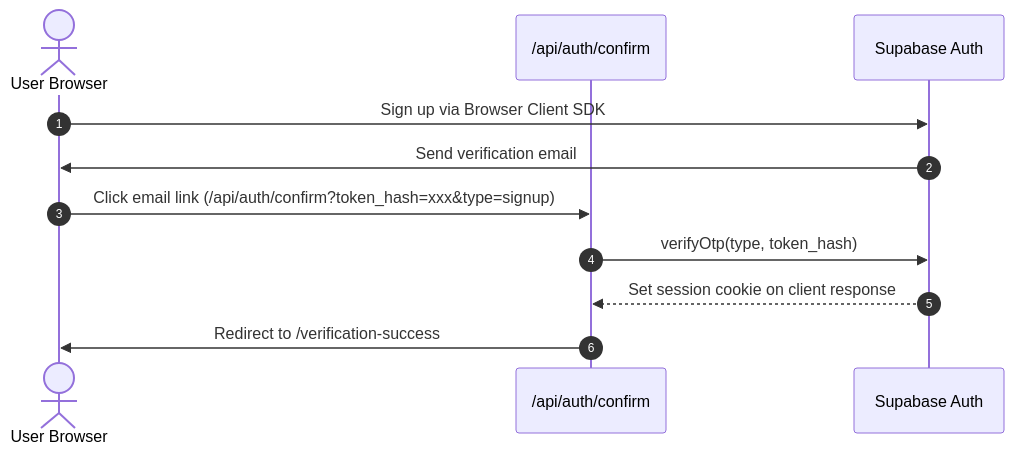
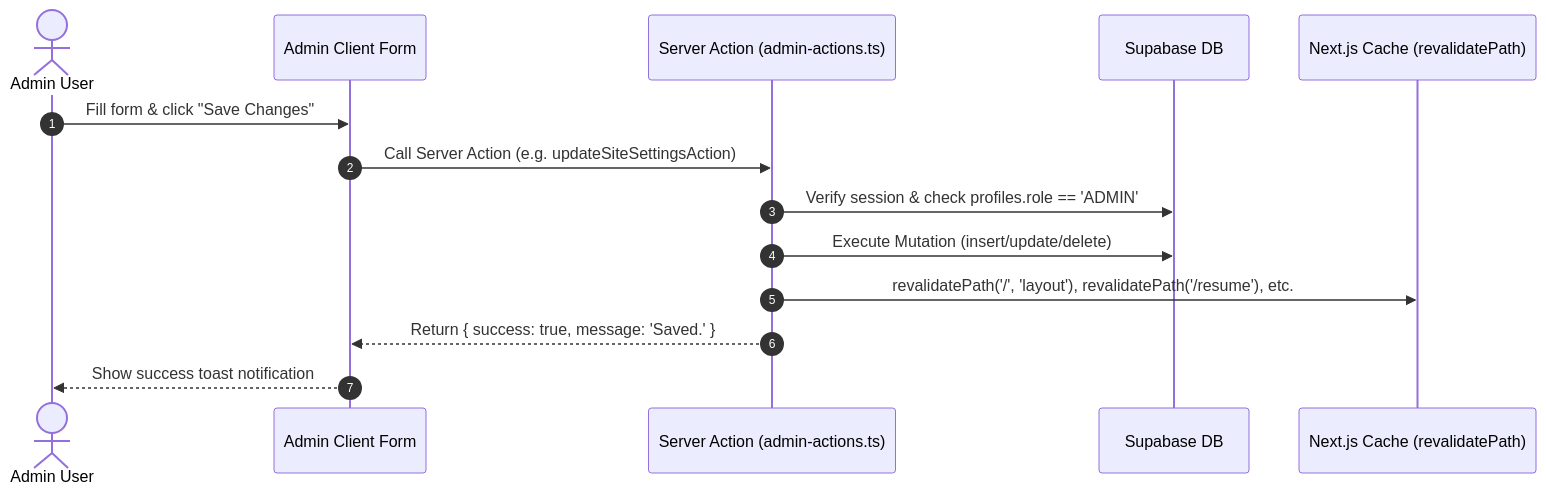
One commit to SurinderSing/PORTFOLIO-NEXT changed the second of 2 diagrams in docs/APP_FLOW.md. Above: the diagram before and after it, drawn with Mermaid. The commit also changed other lines of this file and 50 other files, not shown here.

````diff
--- a/docs/APP_FLOW.md
+++ b/docs/APP_FLOW.md
@@ -71,14 +85,17 @@
 ```mermaid
 sequenceDiagram
     autonumber
-    actor Client as User Browser
-    participant API as /api/auth/confirm
-    participant Supabase as Supabase Auth
+    actor Admin as Admin User
+    participant Page as Admin Client Form
+    participant Action as Server Action (admin-actions.ts)
+    participant Supabase as Supabase DB
+    participant Cache as Next.js Cache (revalidatePath)
 
-    Client->>Supabase: Sign up via Browser Client SDK
-    Supabase->>Client: Send verification email
-    Client->>API: Click email link (/api/auth/confirm?token_hash=xxx&type=signup)
-    API->>Supabase: verifyOtp(type, token_hash)
-    Supabase-->>API: Set session cookie on client response
-    API->>Client: Redirect to /verification-success
+    Admin->>Page: Fill form & click "Save Changes"
+    Page->>Action: Call Server Action (e.g. updateSiteSettingsAction)
+    Action->>Supabase: Verify session & check profiles.role == 'ADMIN'
+    Action->>Supabase: Execute Mutation (insert/update/delete)
+    Action->>Cache: revalidatePath('/', 'layout'), revalidatePath('/resume'), etc.
+    Action-->>Page: Return { success: true, message: 'Saved.' }
+    Page-->>Admin: Show success toast notification
 ```
````
